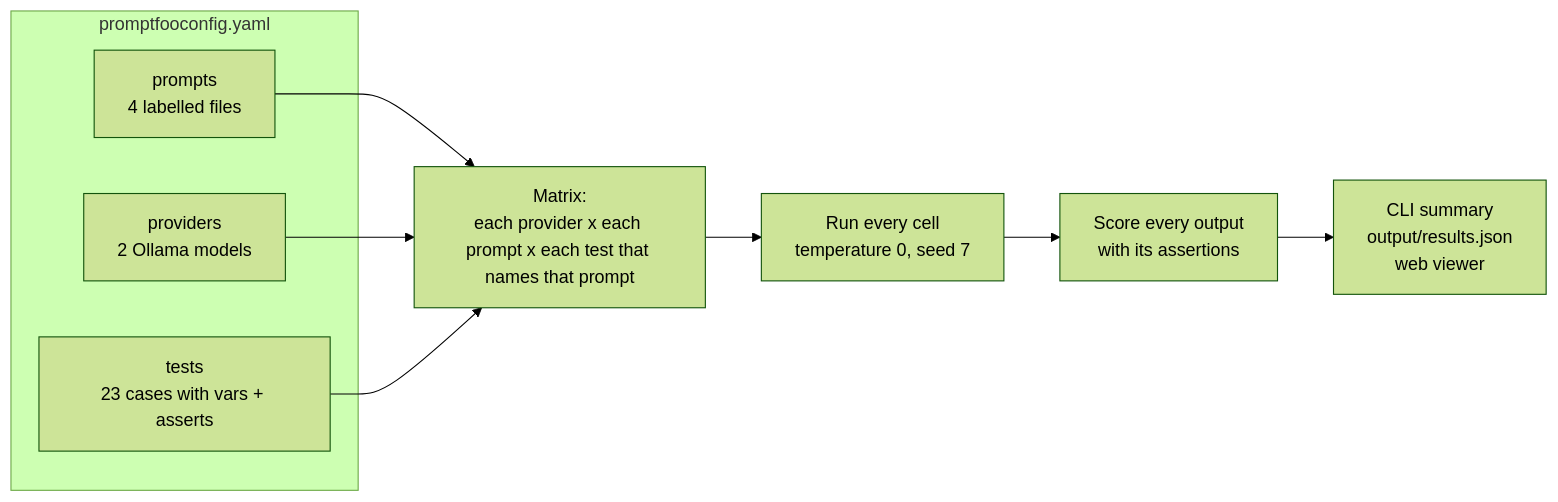
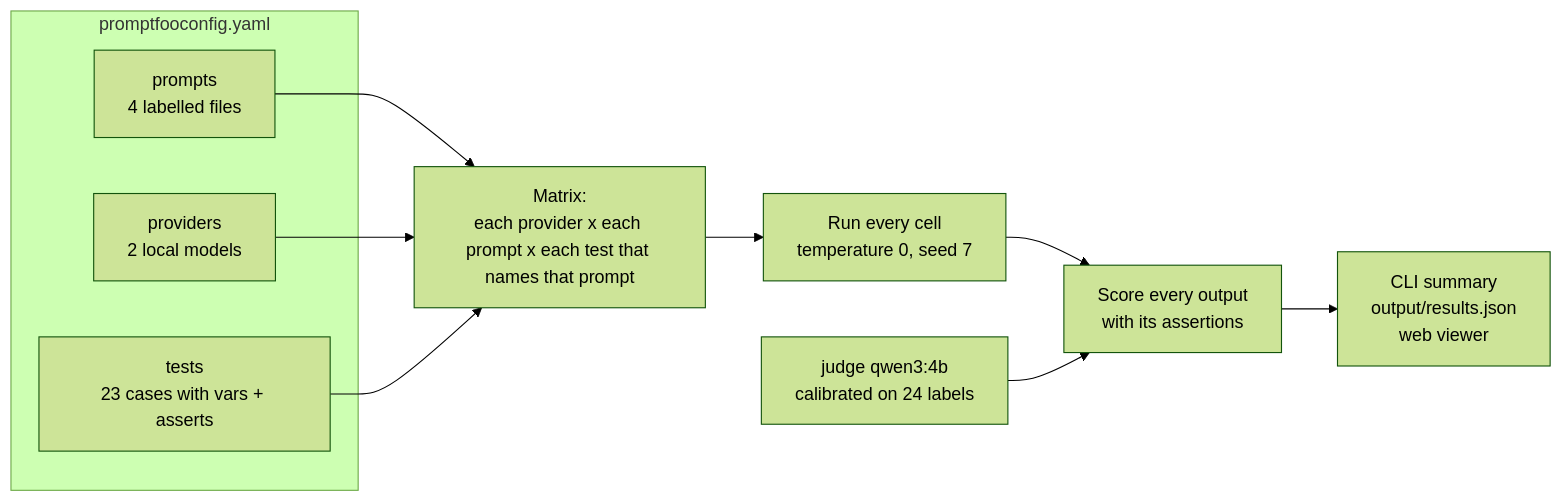
Before and after one commit to AkellaRaviTeja/prompt-engineering-lab: the diagram in lessons/18-evals-with-promptfoo/README.md, drawn with Mermaid (forest theme). The commit also changed other lines of this file and 98 other files, not shown here.

````diff
--- a/lessons/18-evals-with-promptfoo/README.md
+++ b/lessons/18-evals-with-promptfoo/README.md
@@ -25,12 +25,13 @@
 ```mermaid
 flowchart LR
     subgraph Config["promptfooconfig.yaml"]
       P[prompts<br/>4 labelled files]
-      V[providers<br/>2 Ollama models]
+      V[providers<br/>2 local models]
       T[tests<br/>23 cases with vars + asserts]
     end
     P & V & T --> M[Matrix:<br/>each provider x each prompt x each test that names that prompt]
     M --> R[Run every cell<br/>temperature 0, seed 7]
     R --> A[Score every output<br/>with its assertions]
+    J[judge qwen3:4b<br/>calibrated on 24 labels] --> A
     A --> O[CLI summary<br/>output/results.json<br/>web viewer]
 ```
````
